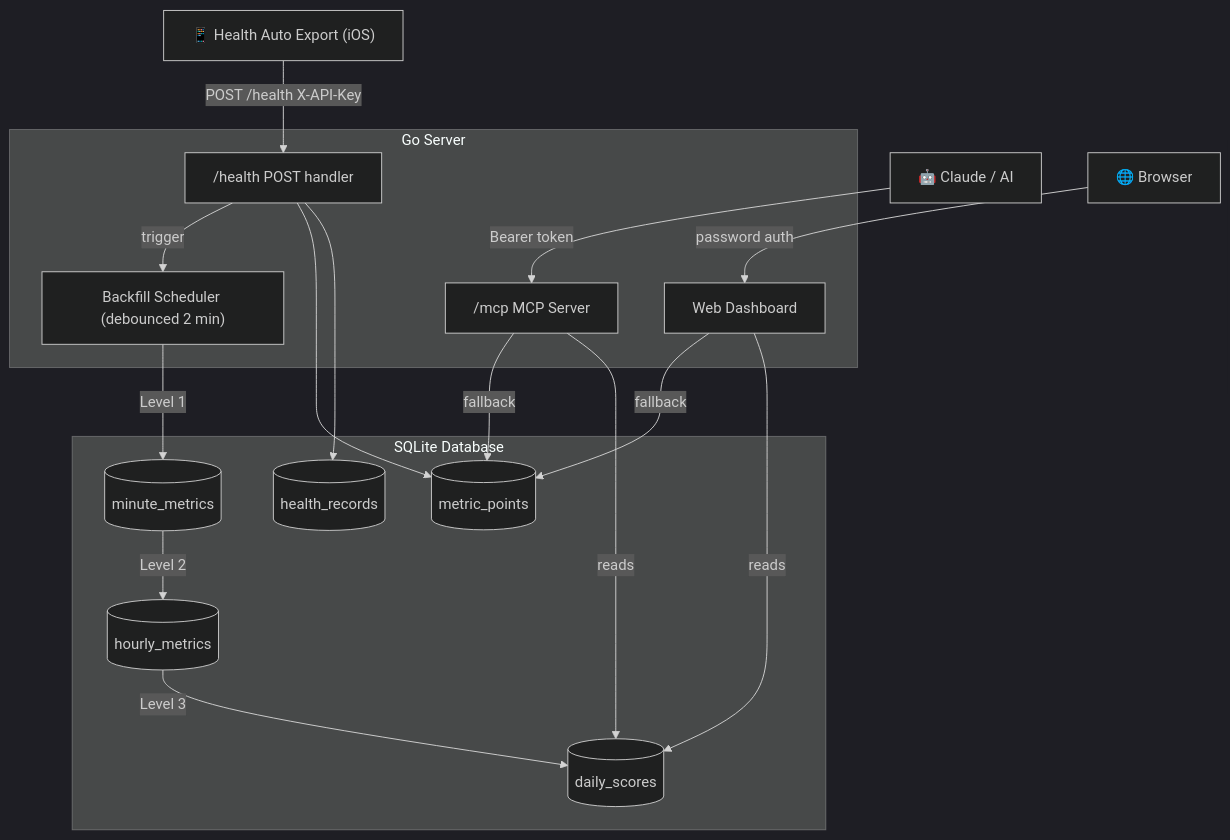
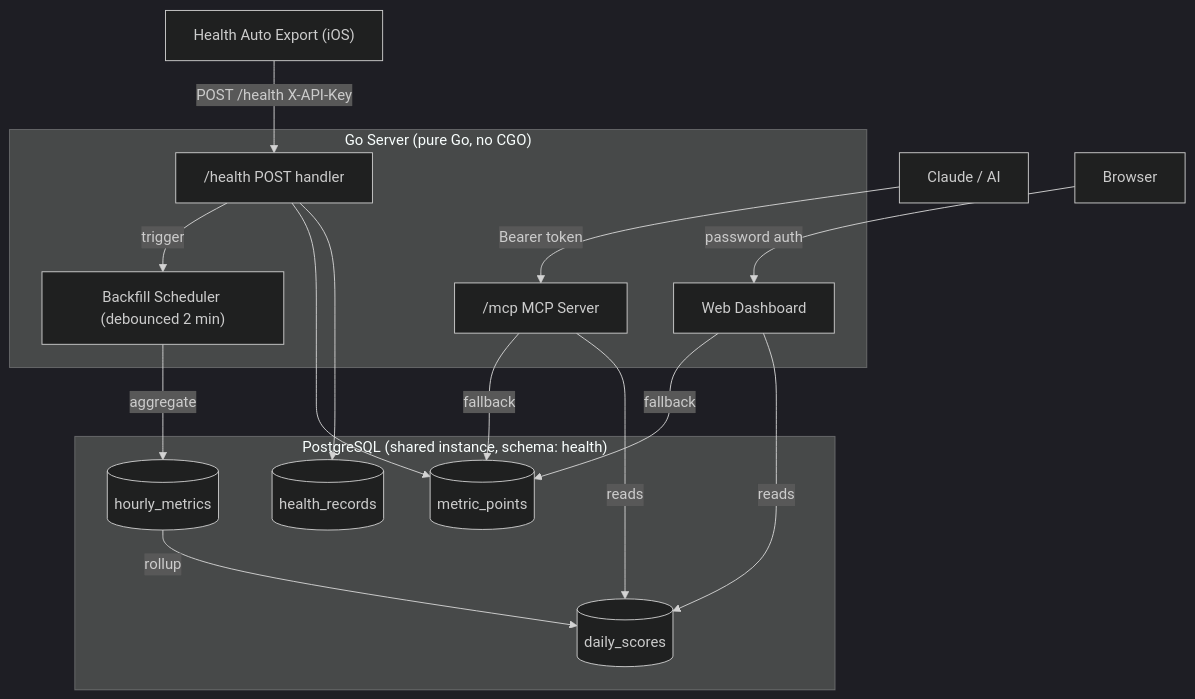
The diagram in README.md (Dzarlax-AI/health_dashboard), drawn with Mermaid (dark theme) before and after one commit. The commit also changed other lines of this file, not shown here.

First line of the commit message:
docs: update README.md for PostgreSQL migration

````diff
--- a/README.md
+++ b/README.md
@@ -7,39 +7,37 @@
 ```mermaid
 flowchart TD
-    App["📱 Health Auto Export (iOS)"]
+    App["Health Auto Export (iOS)"]
 
-    subgraph Server["Go Server"]
+    subgraph Server["Go Server (pure Go, no CGO)"]
         H["/health POST handler"]
         UI["Web Dashboard"]
         MCP["/mcp MCP Server"]
         BF["Backfill Scheduler (debounced 2 min)"]
     end
 
-    subgraph SQLite["SQLite Database"]
+    subgraph PG["PostgreSQL (shared instance, schema: health)"]
         HR[("health_records")]
         MP[("metric_points")]
-        MM[("minute_metrics")]
         HM[("hourly_metrics")]
         DS[("daily_scores")]
     end
 
-    Claude["🤖 Claude / AI"]
-    Browser["🌐 Browser"]
+    Claude["Claude / AI"]
+    Browser["Browser"]
 
     App -->|"POST /health X-API-Key"| H
     H --> HR
     H --> MP
     H -->|"trigger"| BF
 
-    BF -->|"Level 1"| MM
-    MM -->|"Level 2"| HM
-    HM -->|"Level 3"| DS
+    BF -->|"aggregate"| HM
+    HM -->|"rollup"| DS
 
     Browser -->|"password auth"| UI
     UI -->|"reads"| DS
     UI -->|"fallback"| MP
 
     Claude -->|"Bearer token"| MCP
     MCP -->|"reads"| DS
     MCP -->|"fallback"| MP
 ```
````
